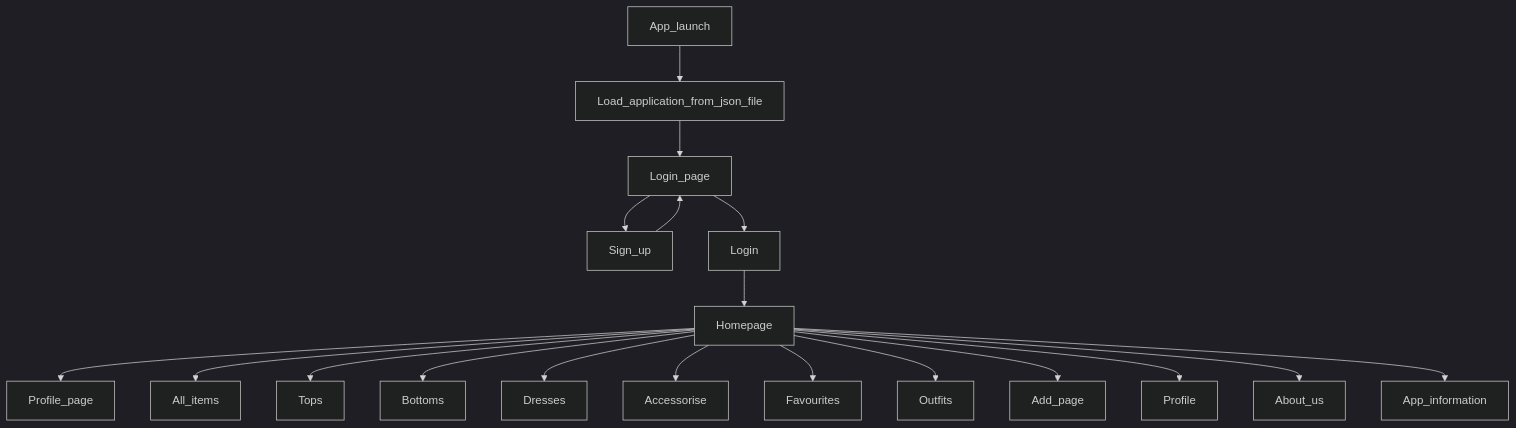
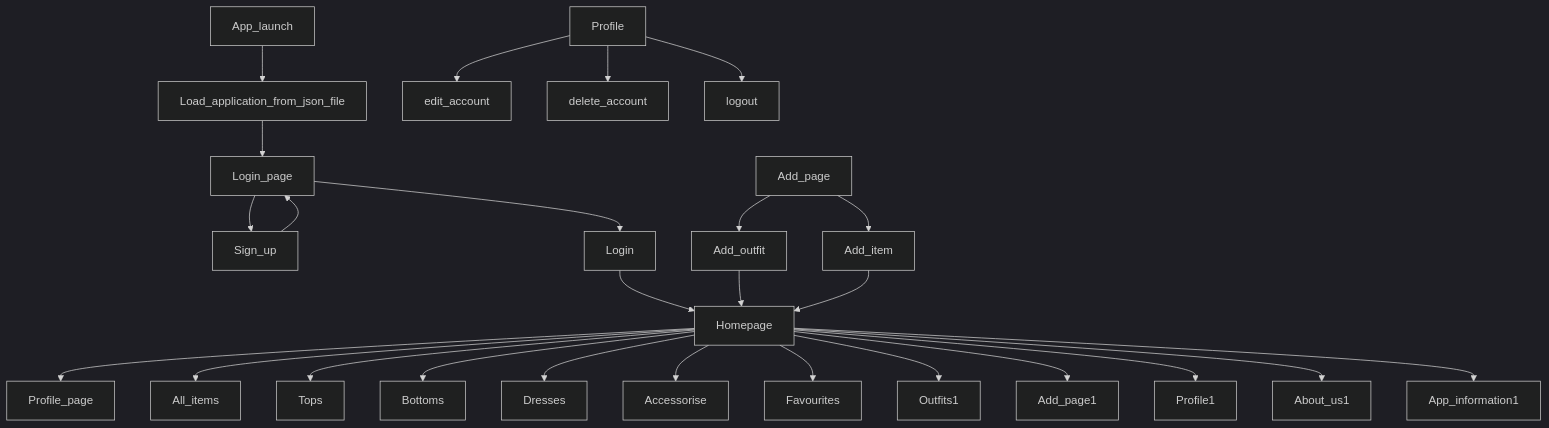
One commit to IreneAvezzu/test_ changed the diagram in readme.md. Above: the diagram before and after it, drawn with Mermaid (dark theme).

````diff
--- a/readme.md
+++ b/readme.md
@@ -5,21 +5,30 @@
 ```mermaid
 graph TD;
   App_launch-->Load_application_from_json_file;
   Load_application_from_json_file-->Login_page;
   Login_page-->Sign_up;
   Sign_up-->Login_page;
   Login_page-->Login;
   Login-->Homepage;
   Homepage-->Profile_page;
   Homepage-->All_items;
   Homepage-->Tops;
   Homepage-->Bottoms;
   Homepage-->Dresses;
   Homepage-->Accessorise;
   Homepage-->Favourites;
-  Homepage-->Outfits;
-  Homepage-->Add_page;
-  Homepage-->Profile;
-  Homepage-->About_us;
-  Homepage-->App_information;
+  Homepage-->Outfits1;
+  Homepage-->Add_page1;
+  Homepage-->Profile1;
+  Homepage-->About_us1;
+  Homepage-->App_information1;
+  
+  Add_page-->Add_outfit;
+  Add_page-->Add_item;
+  Add_outfit-->Homepage;
+  Add_item-->Homepage;
+  Profile-->edit_account;
+  Profile-->delete_account;
+  Profile-->logout;
+
 ```
````
